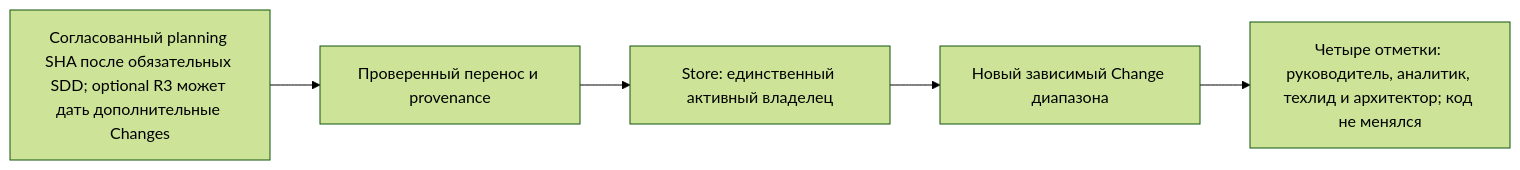
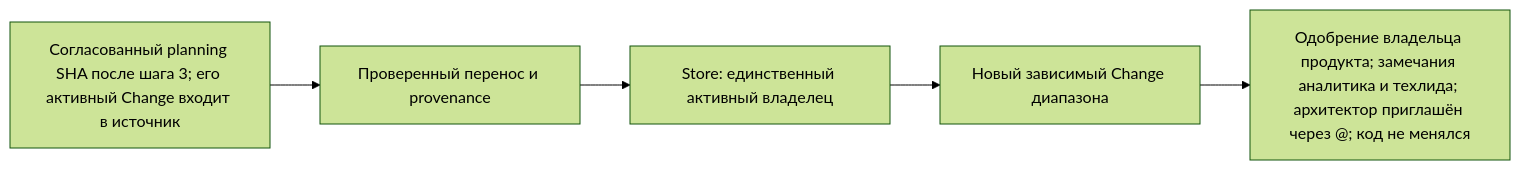
One commit to apolenkov/ai-pdlc-learning-stage-4-requirements changed the diagram in docs/architecture/openspec-store-workset.md. Above: the diagram before and after it, drawn with Mermaid (forest theme). The commit also changed other lines of this file and 10 other files, not shown here.

````diff
--- a/docs/architecture/openspec-store-workset.md
+++ b/docs/architecture/openspec-store-workset.md
@@ -15,7 +15,7 @@
 ```mermaid
 flowchart LR
-  SDD["Согласованный planning SHA после обязательных SDD; optional R3 может дать дополнительные Changes"] --> V["Проверенный перенос и provenance"]
+  SDD["Согласованный planning SHA после шага 3; его активный Change входит в источник"] --> V["Проверенный перенос и provenance"]
   V --> S["Store: единственный активный владелец"]
   S --> C["Новый зависимый Change диапазона"]
-  C --> H["Четыре отметки: руководитель, аналитик, техлид и архитектор; код не менялся"]
+  C --> H["Одобрение владельца продукта; замечания аналитика и техлида; архитектор приглашён через @; код не менялся"]
 ```
````
